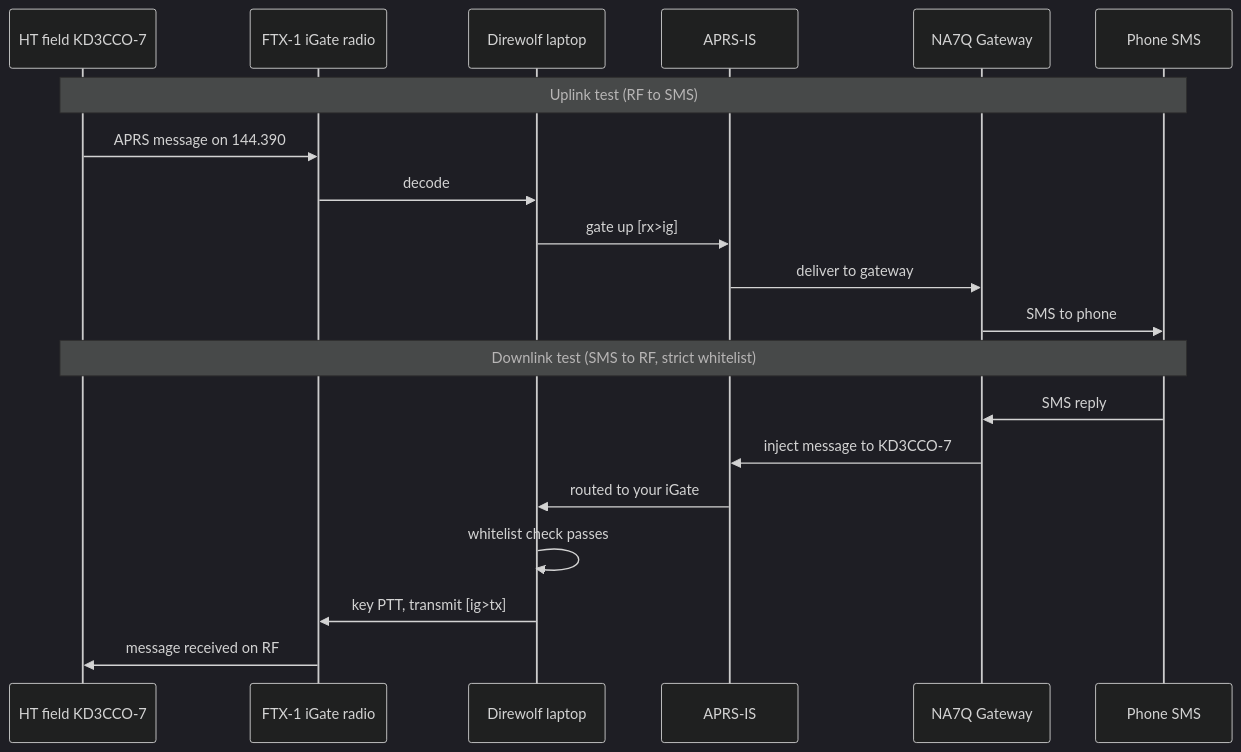
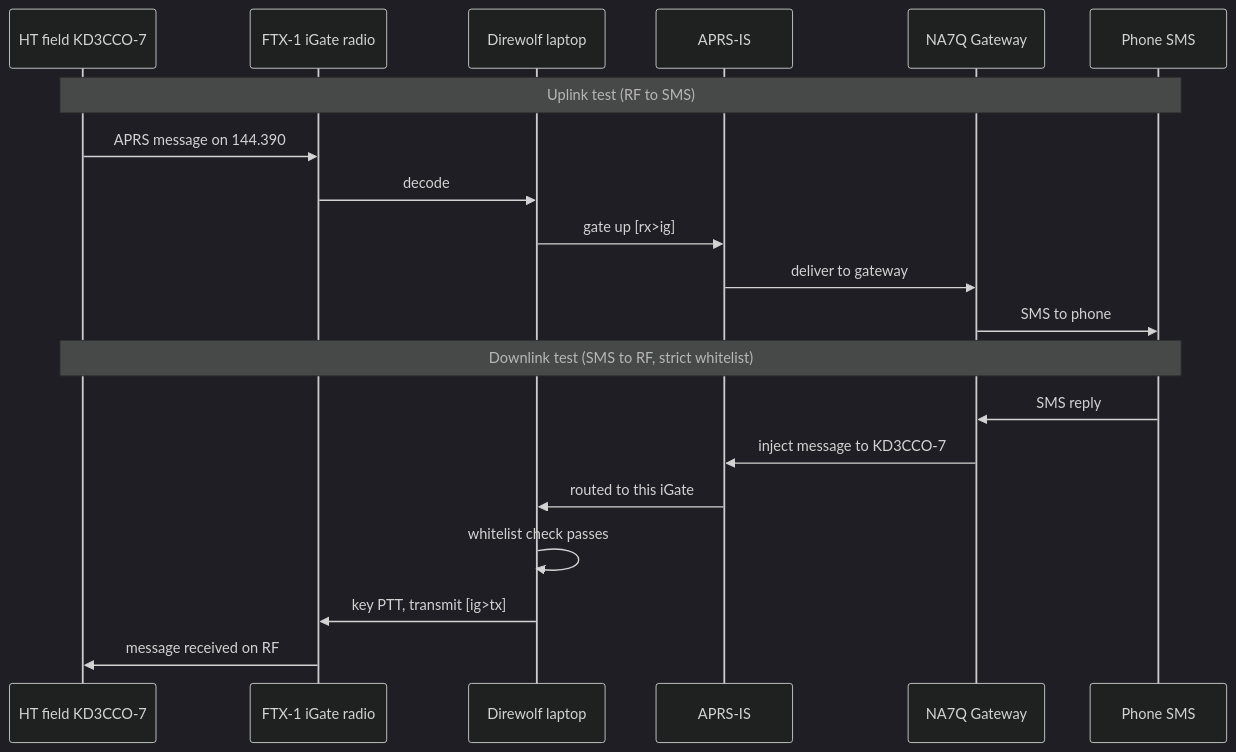
One commit to hatandspecs/aprs_igate_bidirectional_whitelist changed the fourth of 4 diagrams in aprs-igate-prototype-test.md. Above: the diagram before and after it, drawn with Mermaid (dark theme). The commit also changed other lines of this file and 3 other files, not shown here.

````diff
--- a/aprs-igate-prototype-test.md
+++ b/aprs-igate-prototype-test.md
@@ -182,24 +237,24 @@
 ```mermaid
 sequenceDiagram
     participant H as HT field KD3CCO-7
     participant R as FTX-1 iGate radio
     participant D as Direwolf laptop
     participant I as APRS-IS
     participant N as NA7Q Gateway
     participant P as Phone SMS
 
     Note over H,P: Uplink test (RF to SMS)
     H->>R: APRS message on 144.390
     R->>D: decode
     D->>I: gate up [rx>ig]
     I->>N: deliver to gateway
     N->>P: SMS to phone
 
     Note over P,H: Downlink test (SMS to RF, strict whitelist)
     P->>N: SMS reply
     N->>I: inject message to KD3CCO-7
-    I->>D: routed to your iGate
+    I->>D: routed to this iGate
     D->>D: whitelist check passes
     D->>R: key PTT, transmit [ig>tx]
     R->>H: message received on RF
 ```
````
